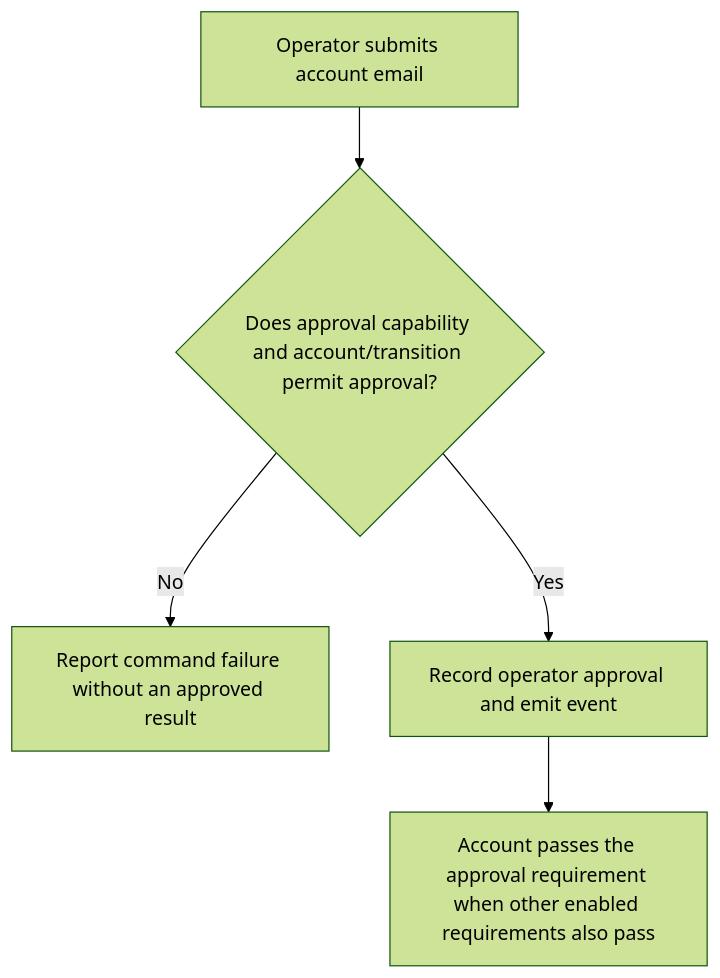
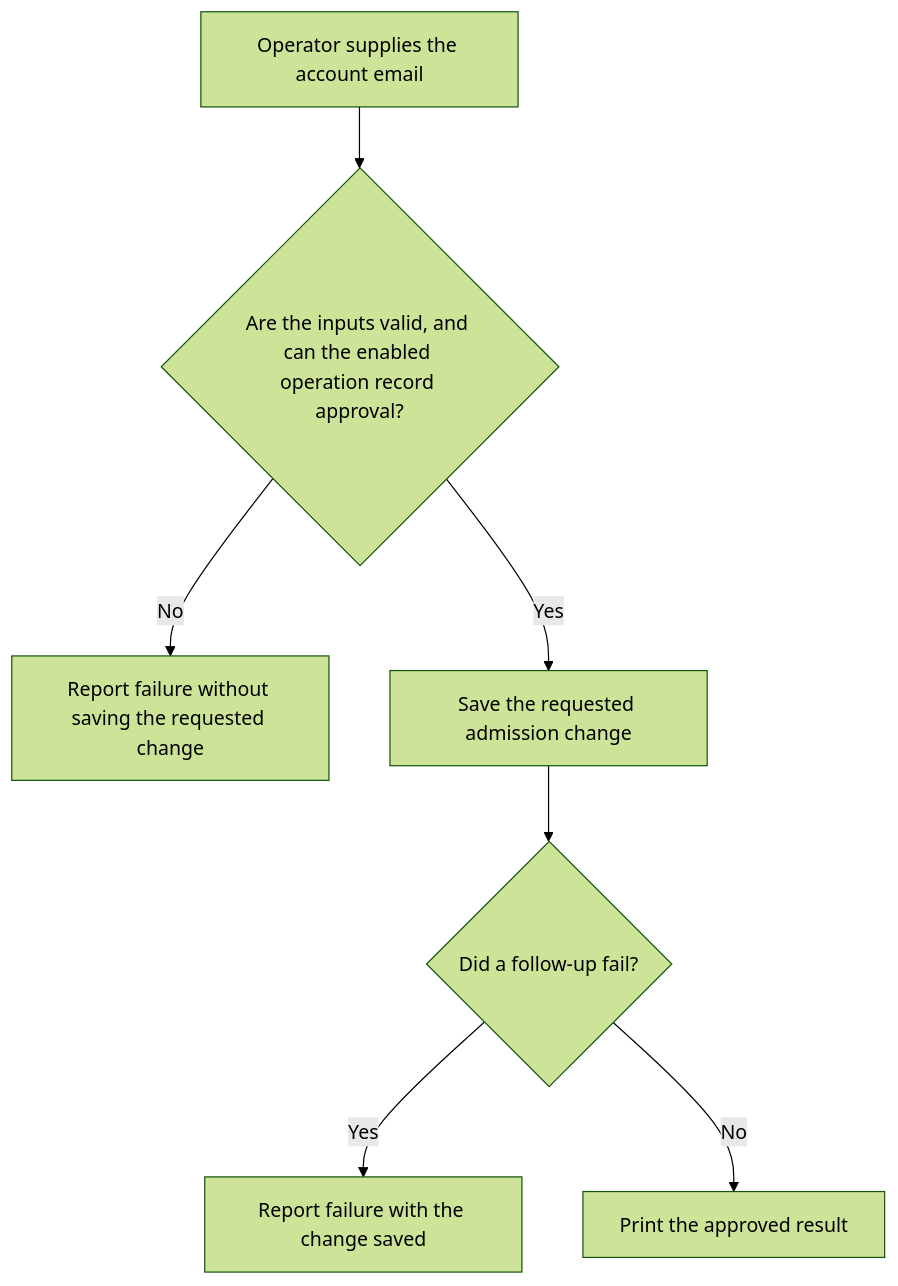
The first of 2 diagrams in user-stories/US-ACCOUNT-49-approve-admission-as-operator.md (Kevinjohn/oss-adonisjs-account-kit), drawn with Mermaid (forest theme) before and after one commit. The commit also changed other lines of this file and 70 other files, not shown here.

````diff
--- a/user-stories/US-ACCOUNT-49-approve-admission-as-operator.md
+++ b/user-stories/US-ACCOUNT-49-approve-admission-as-operator.md
@@ -19,7 +19,9 @@
 ```mermaid
 flowchart TD
- A["Operator submits account email"] --> B{"Does approval capability and account/transition permit approval?"}
- B -->|No| C["Report command failure without an approved result"]
- B -->|Yes| D["Record operator approval and emit event"]
- D --> E["Account passes the approval requirement when other enabled requirements also pass"]
+ A["Operator supplies the account email"] --> B{"Are the inputs valid, and can the enabled operation record approval?"}
+ B -->|No| C["Report failure without saving the requested change"]
+ B -->|Yes| D["Save the requested admission change"]
+ D --> E{"Did a follow-up fail?"}
+ E -->|Yes| F["Report failure with the change saved"]
+ E -->|No| G["Print the approved result"]
 ```
````
